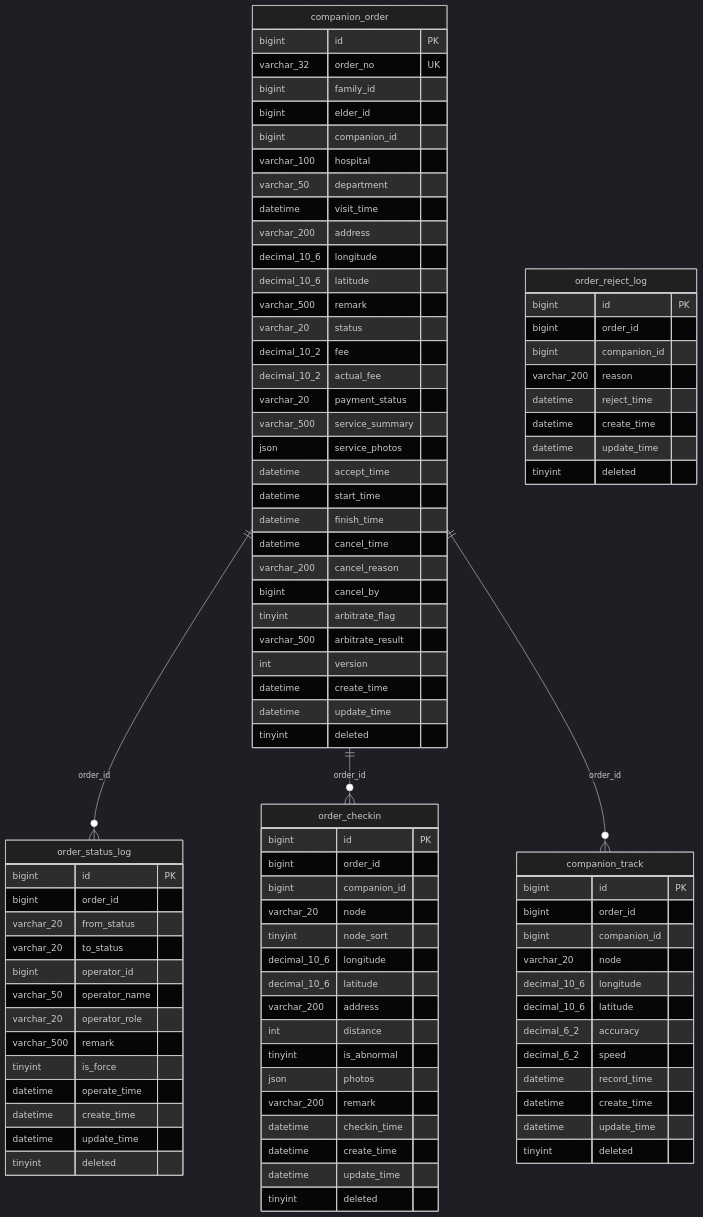
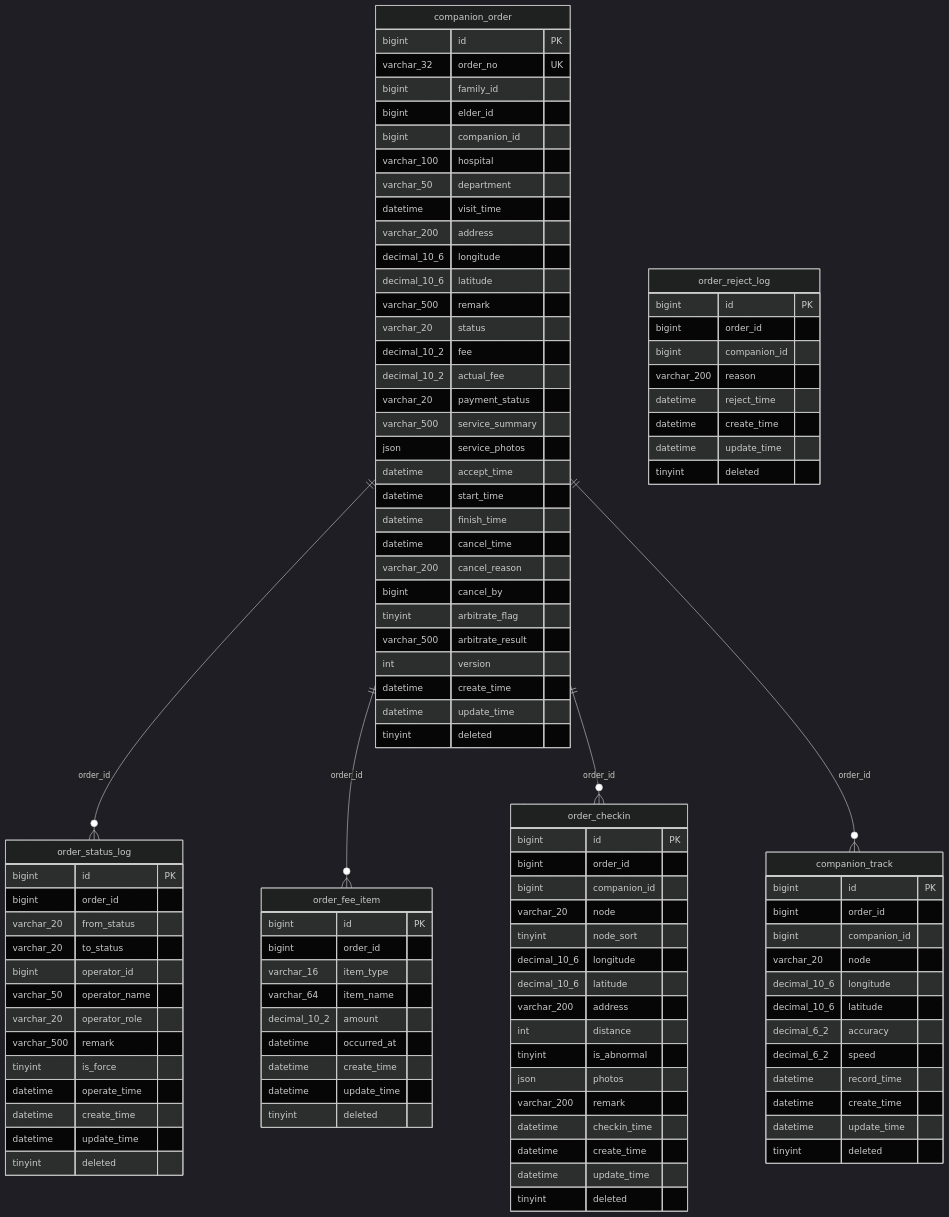
The fourth of 7 diagrams in docs/db/01-ER图.md (wangpanbin/Senior-Companion-Health-Assessment), drawn with Mermaid (dark theme) before and after one commit. The commit also changed other lines of this file and 21 other files, not shown here.

````diff
--- a/docs/db/01-ER图.md
+++ b/docs/db/01-ER图.md
@@ -322,7 +324,19 @@
         datetime update_time
         tinyint deleted
     }
+    order_fee_item {
+        bigint id PK
+        bigint order_id
+        varchar_16 item_type
+        varchar_64 item_name
+        decimal_10_2 amount
+        datetime occurred_at
+        datetime create_time
+        datetime update_time
+        tinyint deleted
+    }
     companion_order ||--o{ order_status_log : "order_id"
+    companion_order ||--o{ order_fee_item : "order_id"
     companion_order ||--o{ order_checkin : "order_id"
     companion_order ||--o{ companion_track : "order_id"
 ```
````
